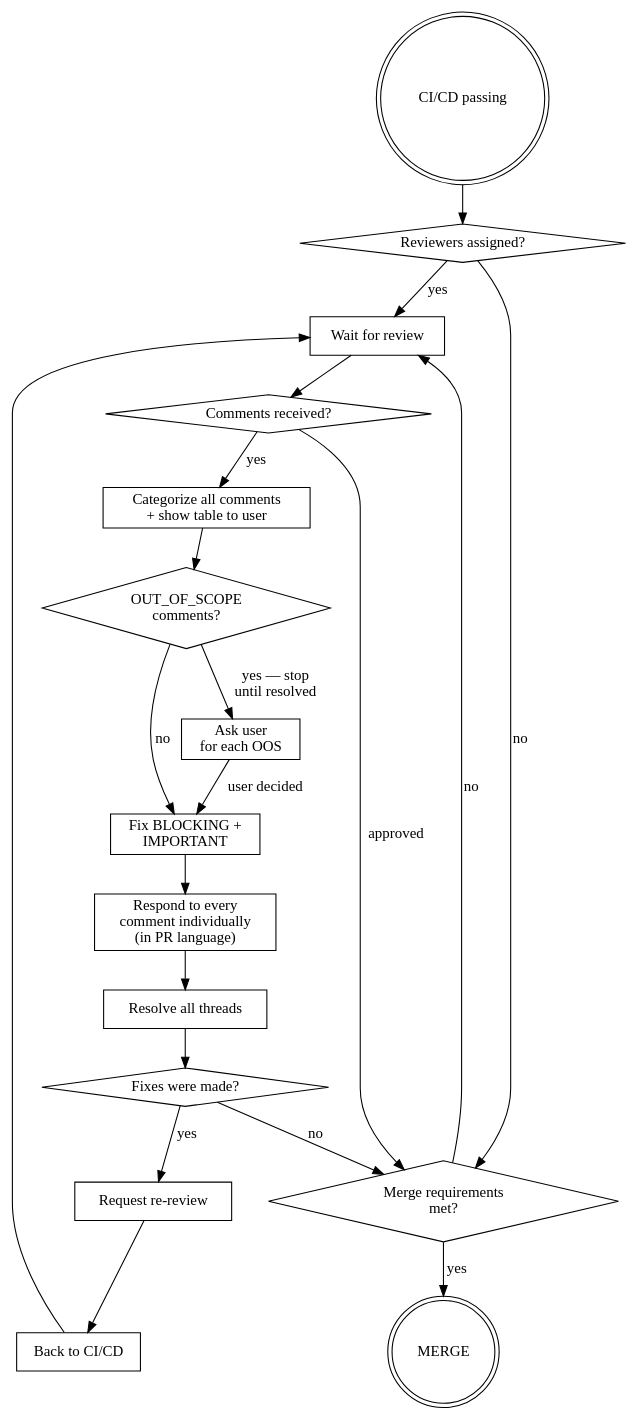
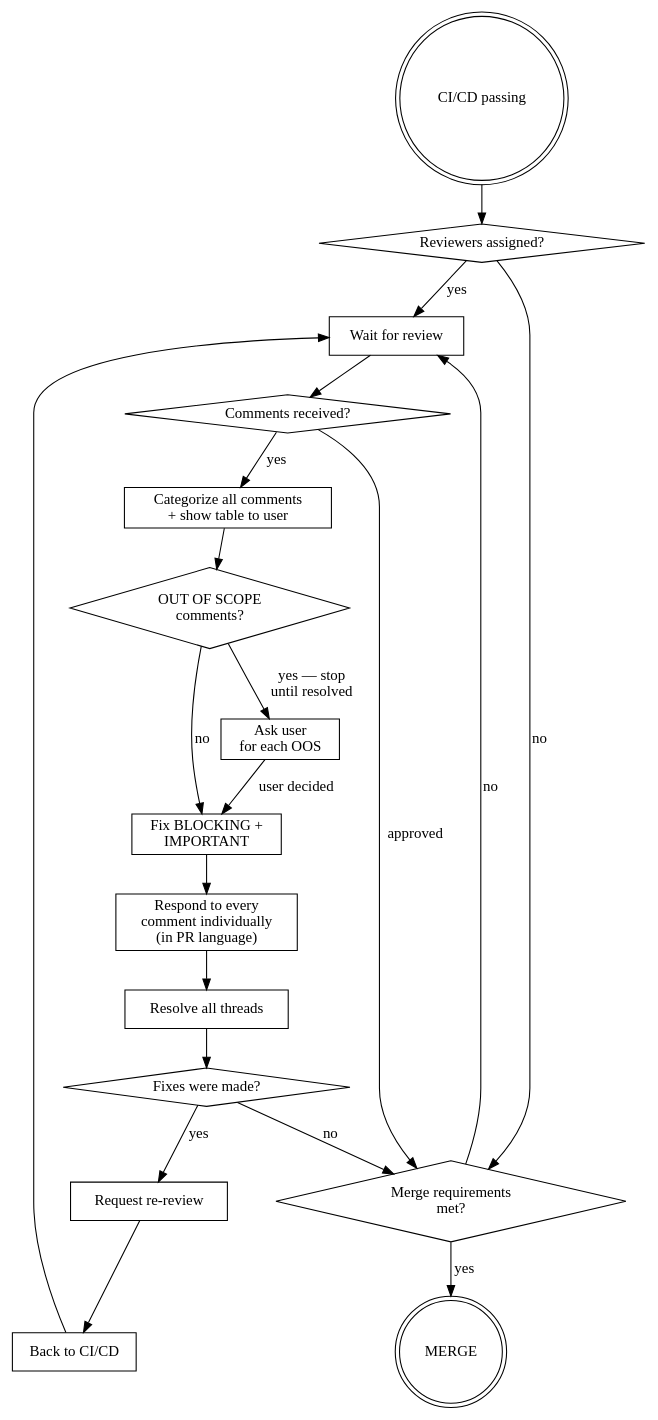
Before and after one commit to kirich1409/maven-central-mcp: the second of 2 diagrams in plugins/developer-workflow/skills/pr-lifecycle/SKILL.md, drawn with Graphviz. The commit also changed other lines of this file, not shown here.

Commit message:
fix: rename OUT_OF_SCOPE to OUT OF SCOPE

````diff
--- a/plugins/developer-workflow/skills/pr-lifecycle/SKILL.md
+++ b/plugins/developer-workflow/skills/pr-lifecycle/SKILL.md
@@ -45,42 +45,42 @@
 ```dot
 digraph review {
     rankdir=TB;
 
     start [label="CI/CD passing", shape=doublecircle];
     reviewers [label="Reviewers assigned?", shape=diamond];
     wait [label="Wait for review", shape=box];
     comments [label="Comments received?", shape=diamond];
     categorize [label="Categorize all comments\n+ show table to user", shape=box];
-    out_of_scope [label="OUT_OF_SCOPE\ncomments?", shape=diamond];
+    out_of_scope [label="OUT OF SCOPE\ncomments?", shape=diamond];
     ask_user [label="Ask user\nfor each OOS", shape=box];
     fix_blocking [label="Fix BLOCKING +\nIMPORTANT", shape=box];
     respond_all [label="Respond to every\ncomment individually\n(in PR language)", shape=box];
     resolve [label="Resolve all threads", shape=box];
     fixes_made [label="Fixes were made?", shape=diamond];
     rereview [label="Request re-review", shape=box];
     ci_again [label="Back to CI/CD", shape=box];
     merge_ok [label="Merge requirements\nmet?", shape=diamond];
     done [label="MERGE", shape=doublecircle];
 
     start -> reviewers;
     reviewers -> wait [label="yes"];
     reviewers -> merge_ok [label="no"];
 
     wait -> comments;
     comments -> categorize [label="yes"];
     comments -> merge_ok [label="approved"];
     categorize -> out_of_scope;
     out_of_scope -> ask_user [label="yes — stop\nuntil resolved"];
     out_of_scope -> fix_blocking [label="no"];
     ask_user -> fix_blocking [label="user decided"];
     fix_blocking -> respond_all;
     respond_all -> resolve;
     resolve -> fixes_made;
     fixes_made -> rereview [label="yes"];
     fixes_made -> merge_ok [label="no"];
     rereview -> ci_again;
     ci_again -> wait;
     merge_ok -> done [label="yes"];
     merge_ok -> wait [label="no"];
 }
 ```
````
